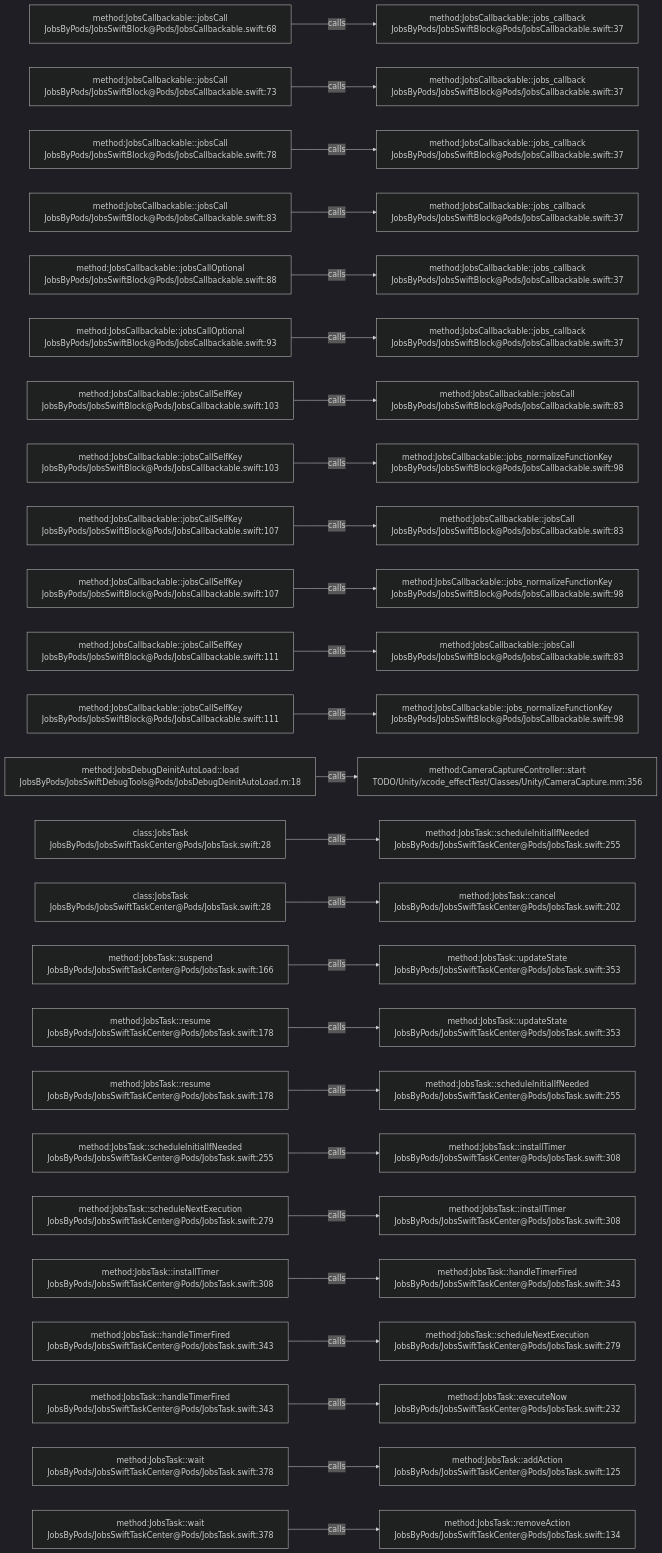
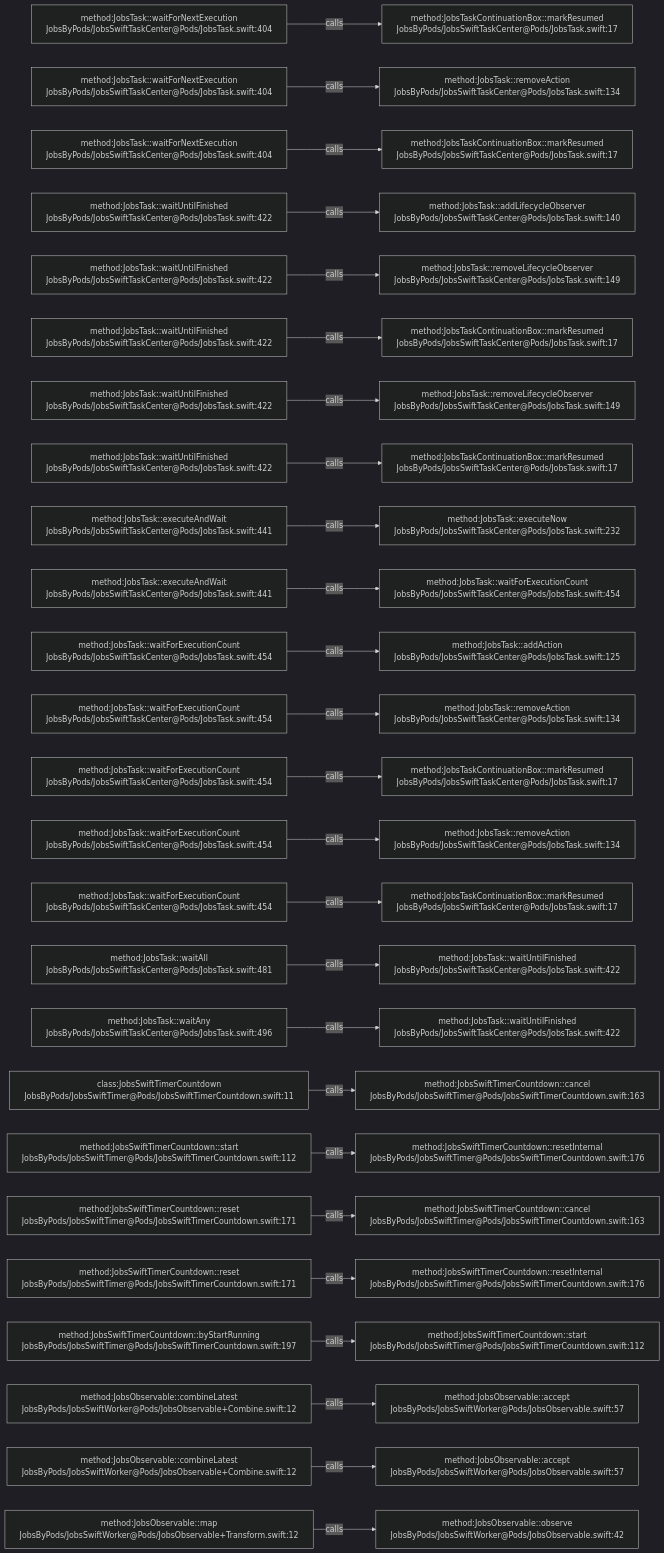
The diagram in .codegraph/codegraph.md/graphs/calls-014.md (JobsKits/JobsSwiftBaseConfigDemo), drawn with Mermaid (dark theme) before and after one commit. The commit also changed 2959 other files, not shown here.

````diff
--- a/.codegraph/codegraph.md/graphs/calls-014.md
+++ b/.codegraph/codegraph.md/graphs/calls-014.md
@@ -13,78 +13,78 @@
 ```mermaid
 flowchart LR
-  S1["method:JobsCallbackable::jobsCall<br/>JobsByPods/JobsSwiftBlock@Pods/JobsCallbackable.swift:68"]
-  T1["method:JobsCallbackable::jobs_callback<br/>JobsByPods/JobsSwiftBlock@Pods/JobsCallbackable.swift:37"]
+  S1["method:JobsTask::waitForNextExecution<br/>JobsByPods/JobsSwiftTaskCenter@Pods/JobsTask.swift:404"]
+  T1["method:JobsTaskContinuationBox::markResumed<br/>JobsByPods/JobsSwiftTaskCenter@Pods/JobsTask.swift:17"]
   S1 -->|calls| T1
-  S2["method:JobsCallbackable::jobsCall<br/>JobsByPods/JobsSwiftBlock@Pods/JobsCallbackable.swift:73"]
-  T2["method:JobsCallbackable::jobs_callback<br/>JobsByPods/JobsSwiftBlock@Pods/JobsCallbackable.swift:37"]
+  S2["method:JobsTask::waitForNextExecution<br/>JobsByPods/JobsSwiftTaskCenter@Pods/JobsTask.swift:404"]
+  T2["method:JobsTask::removeAction<br/>JobsByPods/JobsSwiftTaskCenter@Pods/JobsTask.swift:134"]
   S2 -->|calls| T2
-  S3["method:JobsCallbackable::jobsCall<br/>JobsByPods/JobsSwiftBlock@Pods/JobsCallbackable.swift:78"]
-  T3["method:JobsCallbackable::jobs_callback<br/>JobsByPods/JobsSwiftBlock@Pods/JobsCallbackable.swift:37"]
+  S3["method:JobsTask::waitForNextExecution<br/>JobsByPods/JobsSwiftTaskCenter@Pods/JobsTask.swift:404"]
+  T3["method:JobsTaskContinuationBox::markResumed<br/>JobsByPods/JobsSwiftTaskCenter@Pods/JobsTask.swift:17"]
   S3 -->|calls| T3
-  S4["method:JobsCallbackable::jobsCall<br/>JobsByPods/JobsSwiftBlock@Pods/JobsCallbackable.swift:83"]
-  T4["method:JobsCallbackable::jobs_callback<br/>JobsByPods/JobsSwiftBlock@Pods/JobsCallbackable.swift:37"]
+  S4["method:JobsTask::waitUntilFinished<br/>JobsByPods/JobsSwiftTaskCenter@Pods/JobsTask.swift:422"]
+  T4["method:JobsTask::addLifecycleObserver<br/>JobsByPods/JobsSwiftTaskCenter@Pods/JobsTask.swift:140"]
   S4 -->|calls| T4
-  S5["method:JobsCallbackable::jobsCallOptional<br/>JobsByPods/JobsSwiftBlock@Pods/JobsCallbackable.swift:88"]
-  T5["method:JobsCallbackable::jobs_callback<br/>JobsByPods/JobsSwiftBlock@Pods/JobsCallbackable.swift:37"]
+  S5["method:JobsTask::waitUntilFinished<br/>JobsByPods/JobsSwiftTaskCenter@Pods/JobsTask.swift:422"]
+  T5["method:JobsTask::removeLifecycleObserver<br/>JobsByPods/JobsSwiftTaskCenter@Pods/JobsTask.swift:149"]
   S5 -->|calls| T5
-  S6["method:JobsCallbackable::jobsCallOptional<br/>JobsByPods/JobsSwiftBlock@Pods/JobsCallbackable.swift:93"]
-  T6["method:JobsCallbackable::jobs_callback<br/>JobsByPods/JobsSwiftBlock@Pods/JobsCallbackable.swift:37"]
+  S6["method:JobsTask::waitUntilFinished<br/>JobsByPods/JobsSwiftTaskCenter@Pods/JobsTask.swift:422"]
+  T6["method:JobsTaskContinuationBox::markResumed<br/>JobsByPods/JobsSwiftTaskCenter@Pods/JobsTask.swift:17"]
   S6 -->|calls| T6
-  S7["method:JobsCallbackable::jobsCallSelfKey<br/>JobsByPods/JobsSwiftBlock@Pods/JobsCallbackable.swift:103"]
-  T7["method:JobsCallbackable::jobsCall<br/>JobsByPods/JobsSwiftBlock@Pods/JobsCallbackable.swift:83"]
+  S7["method:JobsTask::waitUntilFinished<br/>JobsByPods/JobsSwiftTaskCenter@Pods/JobsTask.swift:422"]
+  T7["method:JobsTask::removeLifecycleObserver<br/>JobsByPods/JobsSwiftTaskCenter@Pods/JobsTask.swift:149"]
   S7 -->|calls| T7
-  S8["method:JobsCallbackable::jobsCallSelfKey<br/>JobsByPods/JobsSwiftBlock@Pods/JobsCallbackable.swift:103"]
-  T8["method:JobsCallbackable::jobs_normalizeFunctionKey<br/>JobsByPods/JobsSwiftBlock@Pods/JobsCallbackable.swift:98"]
+  S8["method:JobsTask::waitUntilFinished<br/>JobsByPods/JobsSwiftTaskCenter@Pods/JobsTask.swift:422"]
+  T8["method:JobsTaskContinuationBox::markResumed<br/>JobsByPods/JobsSwiftTaskCenter@Pods/JobsTask.swift:17"]
   S8 -->|calls| T8
-  S9["method:JobsCallbackable::jobsCallSelfKey<br/>JobsByPods/JobsSwiftBlock@Pods/JobsCallbackable.swift:107"]
-  T9["method:JobsCallbackable::jobsCall<br/>JobsByPods/JobsSwiftBlock@Pods/JobsCallbackable.swift:83"]
+  S9["method:JobsTask::executeAndWait<br/>JobsByPods/JobsSwiftTaskCenter@Pods/JobsTask.swift:441"]
+  T9["method:JobsTask::executeNow<br/>JobsByPods/JobsSwiftTaskCenter@Pods/JobsTask.swift:232"]
   S9 -->|calls| T9
-  S10["method:JobsCallbackable::jobsCallSelfKey<br/>JobsByPods/JobsSwiftBlock@Pods/JobsCallbackable.swift:107"]
-  T10["method:JobsCallbackable::jobs_normalizeFunctionKey<br/>JobsByPods/JobsSwiftBlock@Pods/JobsCallbackable.swift:98"]
+  S10["method:JobsTask::executeAndWait<br/>JobsByPods/JobsSwiftTaskCenter@Pods/JobsTask.swift:441"]
+  T10["method:JobsTask::waitForExecutionCount<br/>JobsByPods/JobsSwiftTaskCenter@Pods/JobsTask.swift:454"]
   S10 -->|calls| T10
-  S11["method:JobsCallbackable::jobsCallSelfKey<br/>JobsByPods/JobsSwiftBlock@Pods/JobsCallbackable.swift:111"]
-  T11["method:JobsCallbackable::jobsCall<br/>JobsByPods/JobsSwiftBlock@Pods/JobsCallbackable.swift:83"]
+  S11["method:JobsTask::waitForExecutionCount<br/>JobsByPods/JobsSwiftTaskCenter@Pods/JobsTask.swift:454"]
+  T11["method:JobsTask::addAction<br/>JobsByPods/JobsSwiftTaskCenter@Pods/JobsTask.swift:125"]
   S11 -->|calls| T11
-  S12["method:JobsCallbackable::jobsCallSelfKey<br/>JobsByPods/JobsSwiftBlock@Pods/JobsCallbackable.swift:111"]
-  T12["method:JobsCallbackable::jobs_normalizeFunctionKey<br/>JobsByPods/JobsSwiftBlock@Pods/JobsCallbackable.swift:98"]
+  S12["method:JobsTask::waitForExecutionCount<br/>JobsByPods/JobsSwiftTaskCenter@Pods/JobsTask.swift:454"]
+  T12["method:JobsTask::removeAction<br/>JobsByPods/JobsSwiftTaskCenter@Pods/JobsTask.swift:134"]
   S12 -->|calls| T12
-  S13["method:JobsDebugDeinitAutoLoad::load<br/>JobsByPods/JobsSwiftDebugTools@Pods/JobsDebugDeinitAutoLoad.m:18"]
-  T13["method:CameraCaptureController::start<br/>TODO/Unity/xcode_effectTest/Classes/Unity/CameraCapture.mm:356"]
+  S13["method:JobsTask::waitForExecutionCount<br/>JobsByPods/JobsSwiftTaskCenter@Pods/JobsTask.swift:454"]
+  T13["method:JobsTaskContinuationBox::markResumed<br/>JobsByPods/JobsSwiftTaskCenter@Pods/JobsTask.swift:17"]
   S13 -->|calls| T13
-  S14["class:JobsTask<br/>JobsByPods/JobsSwiftTaskCenter@Pods/JobsTask.swift:28"]
-  T14["method:JobsTask::scheduleInitialIfNeeded<br/>JobsByPods/JobsSwiftTaskCenter@Pods/JobsTask.swift:255"]
+  S14["method:JobsTask::waitForExecutionCount<br/>JobsByPods/JobsSwiftTaskCenter@Pods/JobsTask.swift:454"]
+  T14["method:JobsTask::removeAction<br/>JobsByPods/JobsSwiftTaskCenter@Pods/JobsTask.swift:134"]
   S14 -->|calls| T14
-  S15["class:JobsTask<br/>JobsByPods/JobsSwiftTaskCenter@Pods/JobsTask.swift:28"]
-  T15["method:JobsTask::cancel<br/>JobsByPods/JobsSwiftTaskCenter@Pods/JobsTask.swift:202"]
+  S15["method:JobsTask::waitForExecutionCount<br/>JobsByPods/JobsSwiftTaskCenter@Pods/JobsTask.swift:454"]
+  T15["method:JobsTaskContinuationBox::markResumed<br/>JobsByPods/JobsSwiftTaskCenter@Pods/JobsTask.swift:17"]
   S15 -->|calls| T15
-  S16["method:JobsTask::suspend<br/>JobsByPods/JobsSwiftTaskCenter@Pods/JobsTask.swift:166"]
-  T16["method:JobsTask::updateState<br/>JobsByPods/JobsSwiftTaskCenter@Pods/JobsTask.swift:353"]
+  S16["method:JobsTask::waitAll<br/>JobsByPods/JobsSwiftTaskCenter@Pods/JobsTask.swift:481"]
+  T16["method:JobsTask::waitUntilFinished<br/>JobsByPods/JobsSwiftTaskCenter@Pods/JobsTask.swift:422"]
   S16 -->|calls| T16
-  S17["method:JobsTask::resume<br/>JobsByPods/JobsSwiftTaskCenter@Pods/JobsTask.swift:178"]
-  T17["method:JobsTask::updateState<br/>JobsByPods/JobsSwiftTaskCenter@Pods/JobsTask.swift:353"]
+  S17["method:JobsTask::waitAny<br/>JobsByPods/JobsSwiftTaskCenter@Pods/JobsTask.swift:496"]
+  T17["method:JobsTask::waitUntilFinished<br/>JobsByPods/JobsSwiftTaskCenter@Pods/JobsTask.swift:422"]
   S17 -->|calls| T17
-  S18["method:JobsTask::resume<br/>JobsByPods/JobsSwiftTaskCenter@Pods/JobsTask.swift:178"]
-  T18["method:JobsTask::scheduleInitialIfNeeded<br/>JobsByPods/JobsSwiftTaskCenter@Pods/JobsTask.swift:255"]
+  S18["class:JobsSwiftTimerCountdown<br/>JobsByPods/JobsSwiftTimer@Pods/JobsSwiftTimerCountdown.swift:11"]
+  T18["method:JobsSwiftTimerCountdown::cancel<br/>JobsByPods/JobsSwiftTimer@Pods/JobsSwiftTimerCountdown.swift:163"]
   S18 -->|calls| T18
-  S19["method:JobsTask::scheduleInitialIfNeeded<br/>JobsByPods/JobsSwiftTaskCenter@Pods/JobsTask.swift:255"]
-  T19["method:JobsTask::installTimer<br/>JobsByPods/JobsSwiftTaskCenter@Pods/JobsTask.swift:308"]
+  S19["method:JobsSwiftTimerCountdown::start<br/>JobsByPods/JobsSwiftTimer@Pods/JobsSwiftTimerCountdown.swift:112"]
+  T19["method:JobsSwiftTimerCountdown::resetInternal<br/>JobsByPods/JobsSwiftTimer@Pods/JobsSwiftTimerCountdown.swift:176"]
   S19 -->|calls| T19
-  S20["method:JobsTask::scheduleNextExecution<br/>JobsByPods/JobsSwiftTaskCenter@Pods/JobsTask.swift:279"]
-  T20["method:JobsTask::installTimer<br/>JobsByPods/JobsSwiftTaskCenter@Pods/JobsTask.swift:308"]
+  S20["method:JobsSwiftTimerCountdown::reset<br/>JobsByPods/JobsSwiftTimer@Pods/JobsSwiftTimerCountdown.swift:171"]
+  T20["method:JobsSwiftTimerCountdown::cancel<br/>JobsByPods/JobsSwiftTimer@Pods/JobsSwiftTimerCountdown.swift:163"]
   S20 -->|calls| T20
-  S21["method:JobsTask::installTimer<br/>JobsByPods/JobsSwiftTaskCenter@Pods/JobsTask.swift:308"]
-  T21["method:JobsTask::handleTimerFired<br/>JobsByPods/JobsSwiftTaskCenter@Pods/JobsTask.swift:343"]
+  S21["method:JobsSwiftTimerCountdown::reset<br/>JobsByPods/JobsSwiftTimer@Pods/JobsSwiftTimerCountdown.swift:171"]
+  T21["method:JobsSwiftTimerCountdown::resetInternal<br/>JobsByPods/JobsSwiftTimer@Pods/JobsSwiftTimerCountdown.swift:176"]
   S21 -->|calls| T21
-  S22["method:JobsTask::handleTimerFired<br/>JobsByPods/JobsSwiftTaskCenter@Pods/JobsTask.swift:343"]
-  T22["method:JobsTask::scheduleNextExecution<br/>JobsByPods/JobsSwiftTaskCenter@Pods/JobsTask.swift:279"]
+  S22["method:JobsSwiftTimerCountdown::byStartRunning<br/>JobsByPods/JobsSwiftTimer@Pods/JobsSwiftTimerCountdown.swift:197"]
+  T22["method:JobsSwiftTimerCountdown::start<br/>JobsByPods/JobsSwiftTimer@Pods/JobsSwiftTimerCountdown.swift:112"]
   S22 -->|calls| T22
-  S23["method:JobsTask::handleTimerFired<br/>JobsByPods/JobsSwiftTaskCenter@Pods/JobsTask.swift:343"]
-  T23["method:JobsTask::executeNow<br/>JobsByPods/JobsSwiftTaskCenter@Pods/JobsTask.swift:232"]
+  S23["method:JobsObservable::combineLatest<br/>JobsByPods/JobsSwiftWorker@Pods/JobsObservable+Combine.swift:12"]
+  T23["method:JobsObservable::accept<br/>JobsByPods/JobsSwiftWorker@Pods/JobsObservable.swift:57"]
   S23 -->|calls| T23
-  S24["method:JobsTask::wait<br/>JobsByPods/JobsSwiftTaskCenter@Pods/JobsTask.swift:378"]
-  T24["method:JobsTask::addAction<br/>JobsByPods/JobsSwiftTaskCenter@Pods/JobsTask.swift:125"]
+  S24["method:JobsObservable::combineLatest<br/>JobsByPods/JobsSwiftWorker@Pods/JobsObservable+Combine.swift:12"]
+  T24["method:JobsObservable::accept<br/>JobsByPods/JobsSwiftWorker@Pods/JobsObservable.swift:57"]
   S24 -->|calls| T24
-  S25["method:JobsTask::wait<br/>JobsByPods/JobsSwiftTaskCenter@Pods/JobsTask.swift:378"]
-  T25["method:JobsTask::removeAction<br/>JobsByPods/JobsSwiftTaskCenter@Pods/JobsTask.swift:134"]
+  S25["method:JobsObservable::map<br/>JobsByPods/JobsSwiftWorker@Pods/JobsObservable+Transform.swift:12"]
+  T25["method:JobsObservable::observe<br/>JobsByPods/JobsSwiftWorker@Pods/JobsObservable.swift:42"]
   S25 -->|calls| T25
 ```
````
